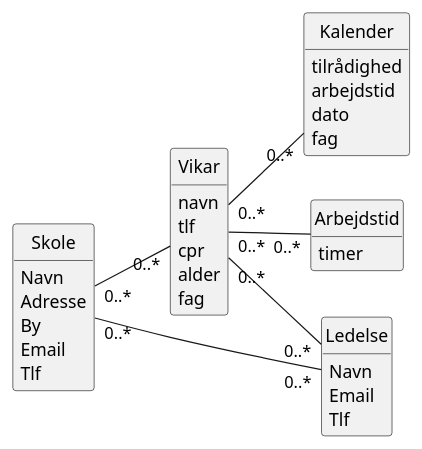
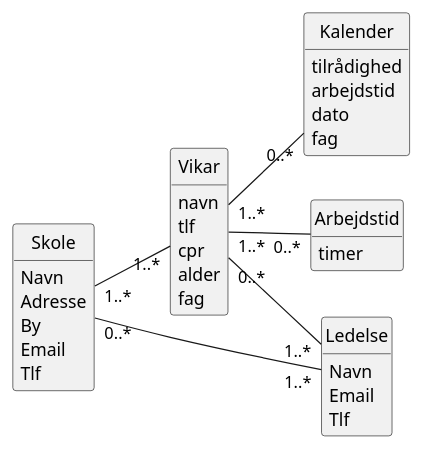
One commit to FilipMeldal/Team1A changed the diagram in LærerVikaren/LaererVikarDomainModel.plantuml. Above: the diagram before and after it, drawn with PlantUML.

```diff
--- a/LærerVikaren/LaererVikarDomainModel.plantuml
+++ b/LærerVikaren/LaererVikarDomainModel.plantuml
@@ -1,56 +1,56 @@
 @startuml
 hide circle
 hide method
 left to right direction
 
 
-Vikar "0..*" -- "0..*" Kalender
-Skole "0..*" -- "0..*" Vikar
-Vikar "0..*" -- "0..*" Arbejdstid
-Vikar "0..*" -- "0..*" Ledelse
-Skole "0..*" -- "0..*" Ledelse
+Vikar "1..*" -- "0..*" Kalender
+Skole "1..*" -- "1..*" Vikar
+Vikar "1..*" -- "0..*" Arbejdstid
+Vikar "0..*" -- "1..*" Ledelse
+Skole "0..*" -- "1..*" Ledelse
 
 
 Class Vikar 
 {
     navn
     tlf
     cpr
     alder
     fag
 }
 
 
 Class Kalender 
 {
     tilrådighed
     arbejdstid
     dato
     fag
 }
 
 Class Arbejdstid
 {
     timer
 }
 
 
 Class Skole
 {
     Navn
     Adresse
     By
     Email
     Tlf
 }
 Class Ledelse
 {
     Navn
     Email
     Tlf
 }
 
 
 
 
 @enduml
```
